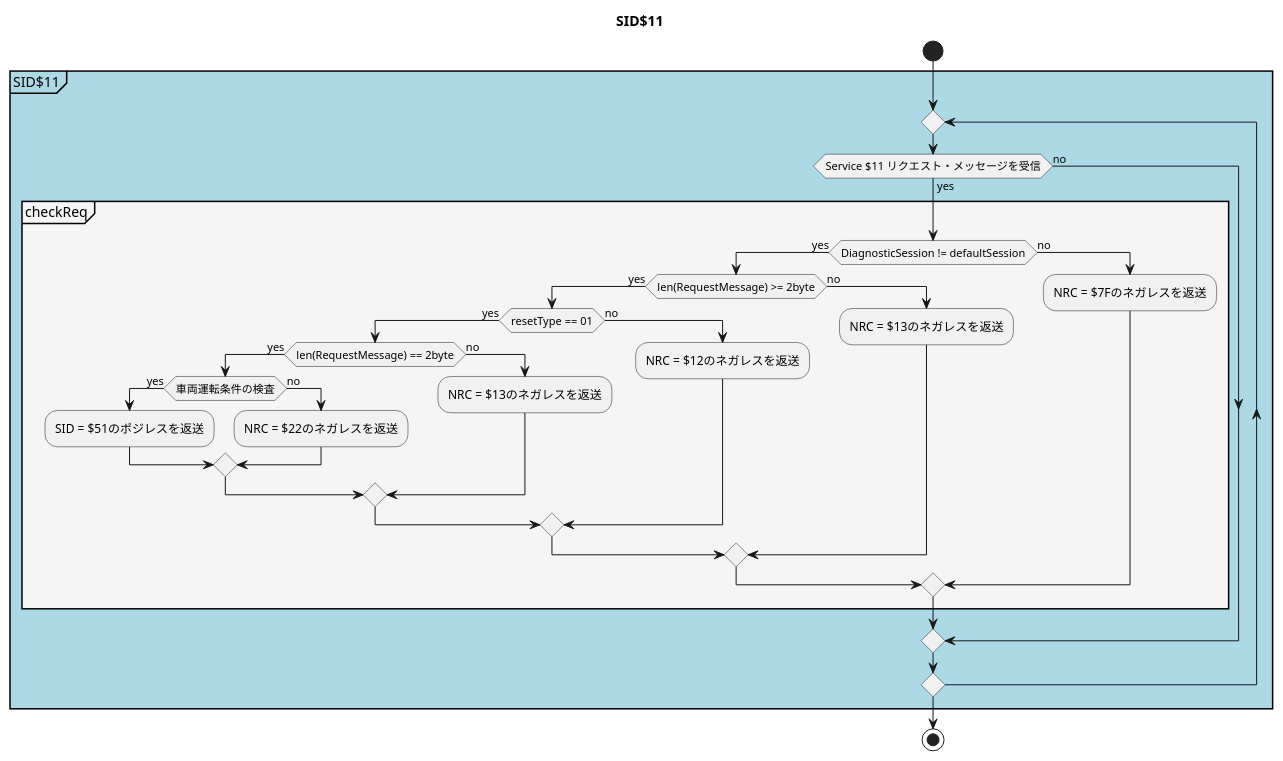
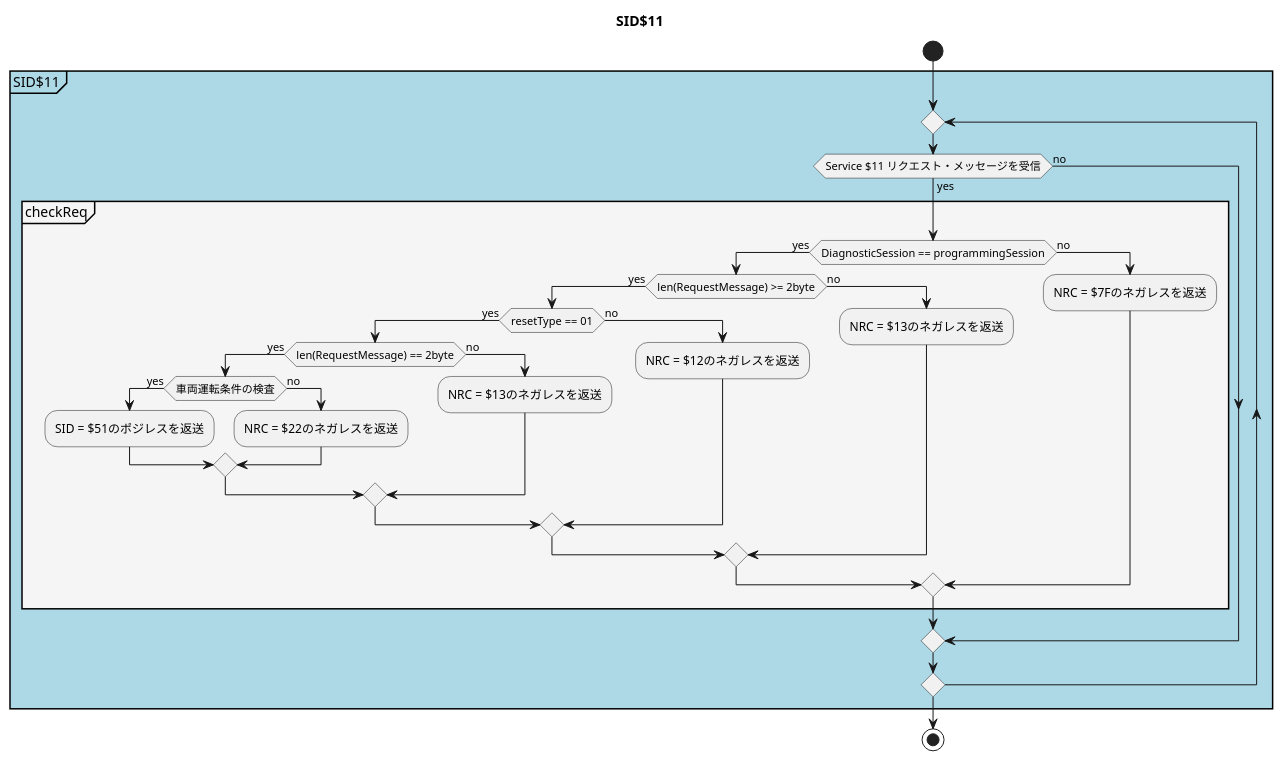
One commit to JiaxiaoH/ecu-simulator changed the diagram in UML/SID$11.puml. Above: the diagram before and after it, drawn with PlantUML. The commit also changed 35 other files, not shown here.

```diff
--- a/UML/SID$11.puml
+++ b/UML/SID$11.puml
@@ -1,39 +1,39 @@
 @startuml SID$11
 title SID$11
 start
     partition SID$11 #LightBlue{
     repeat
     if (Service $11 リクエスト・メッセージを受信) then (yes)
 
       partition checkReq #WhiteSmoke{
 
-        if (DiagnosticSession != defaultSession) then (yes) 
+        if (DiagnosticSession == programmingSession) then (yes) 
             if (len(RequestMessage) >= 2byte) then (yes)
                 if(resetType == 01) then (yes)
                     if(len(RequestMessage) == 2byte) then (yes)
                         if(車両運転条件の検査) then (yes)
                             :SID = $51のポジレスを返送;
                         else(no)
                             :NRC = $22のネガレスを返送;
                         endif
                     else(no)
                         :NRC = $13のネガレスを返送;
                     endif
                 else(no)
                     :NRC = $12のネガレスを返送;
                 endif
             else(no)
                 :NRC = $13のネガレスを返送;
             endif
         else (no)
             :NRC = $7Fのネガレスを返送;
         endif
       }
 
     else (no)
 
     endif
     repeat while()
     }
 stop
 @enduml
```
